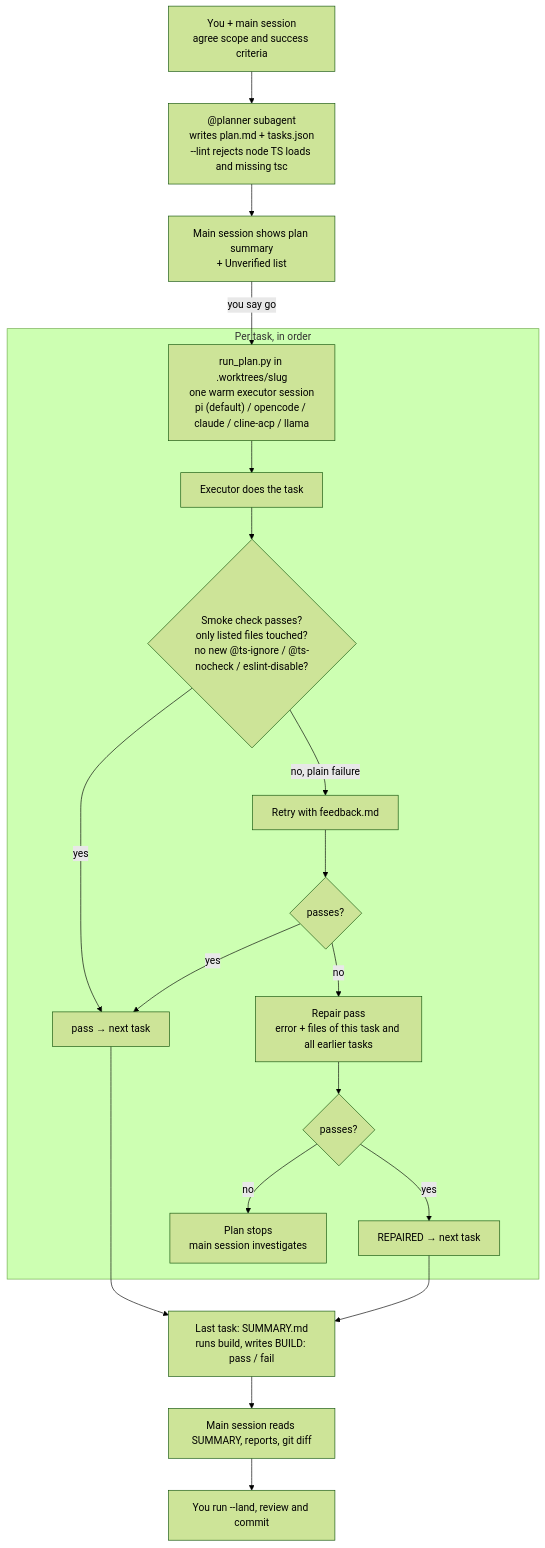
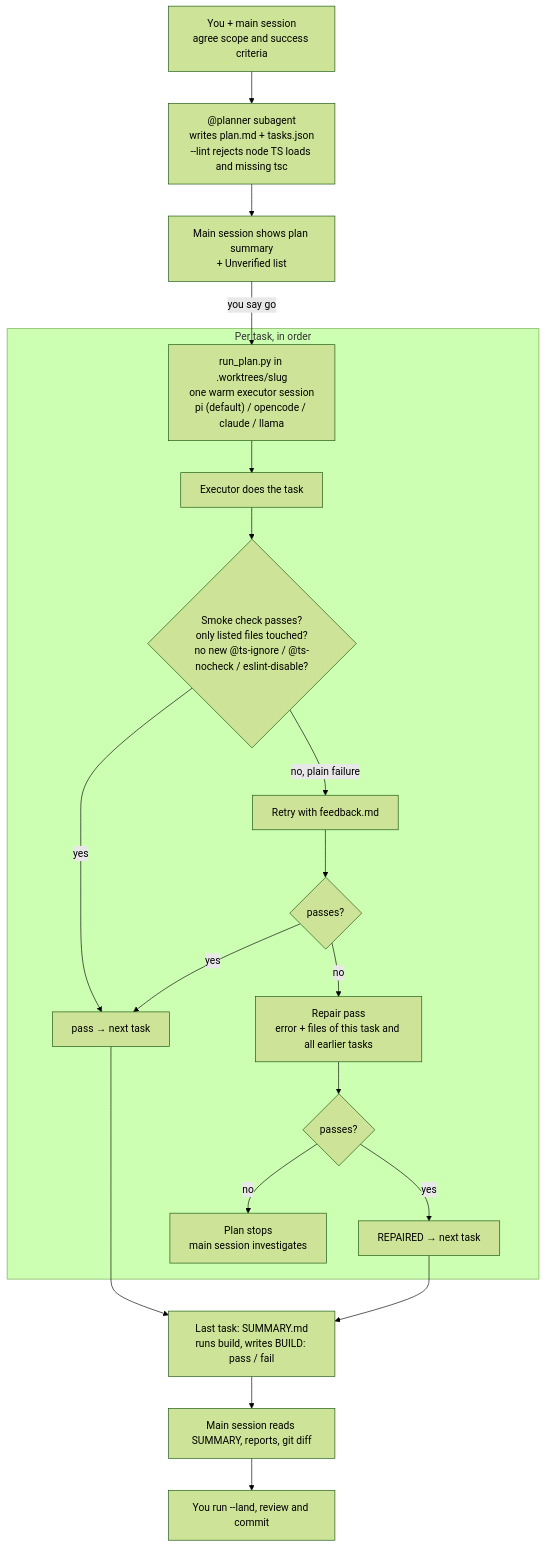
The diagram in docs/mermaid.md (UfozDelta/ufoz-harness), drawn with Mermaid (forest theme) before and after one commit. The commit also changed other lines of this file and 22 other files, not shown here.

Commit message:
harness(cline-cut): remove cline-acp executor

````diff
--- a/docs/mermaid.md
+++ b/docs/mermaid.md
@@ -3,24 +3,24 @@
 ```mermaid
 flowchart TD
     A[You + main session<br/>agree scope and success criteria] --> B["@planner subagent<br/>writes plan.md + tasks.json<br/>--lint rejects node TS loads and missing tsc"]
     B --> C[Main session shows plan summary<br/>+ Unverified list]
-    C -->|you say go| D["run_plan.py in .worktrees/slug<br/>one warm executor session<br/>pi (default) / opencode / claude / cline-acp / llama"]
+    C -->|you say go| D["run_plan.py in .worktrees/slug<br/>one warm executor session<br/>pi (default) / opencode / claude / llama"]
 
     subgraph Task["Per task, in order"]
         D --> E[Executor does the task]
         E --> F{Smoke check passes?<br/>only listed files touched?<br/>no new @ts-ignore / @ts-nocheck / eslint-disable?}
         F -->|yes| G[pass → next task]
         F -->|no, plain failure| H[Retry with feedback.md]
         H --> F2{passes?}
         F2 -->|yes| G
         F2 -->|no| R[Repair pass<br/>error + files of this task and all earlier tasks]
         R --> F3{passes?}
         F3 -->|yes| G2[REPAIRED → next task]
         F3 -->|no| X[Plan stops<br/>main session investigates]
     end
 
     G --> S[Last task: SUMMARY.md<br/>runs build, writes BUILD: pass / fail]
     G2 --> S
     S --> V[Main session reads SUMMARY, reports, git diff]
     V --> Y[You run --land, review and commit]
 ```
````
